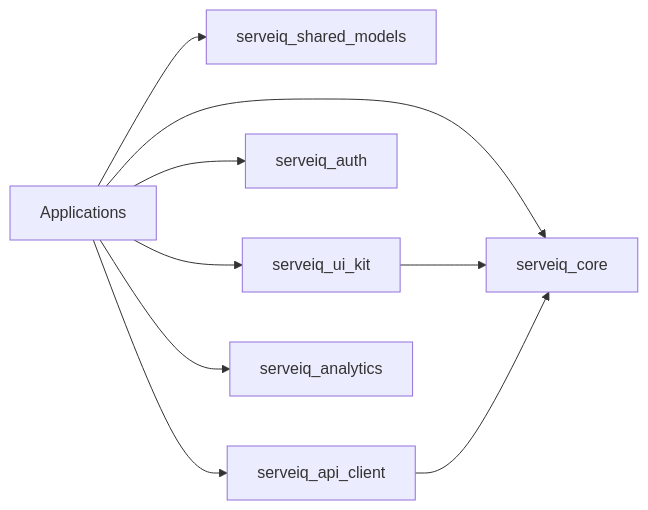
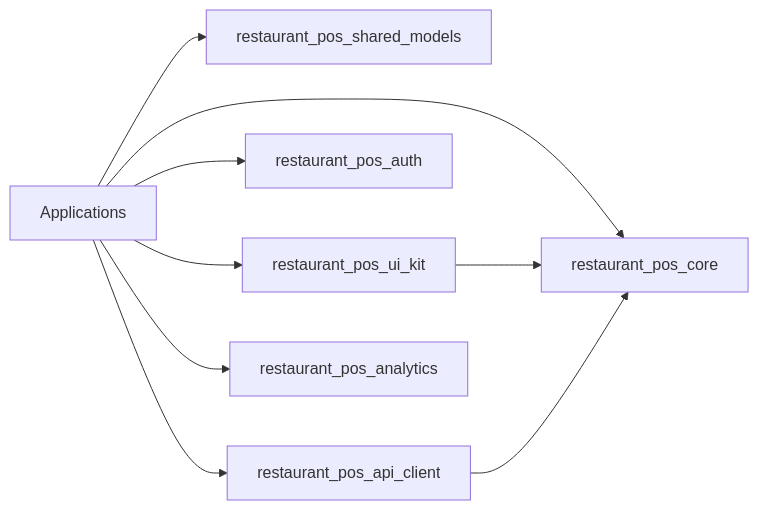
The diagram in docs/architecture/monorepo-layout.md (dhruv-kala/restaurant-pos), drawn with Mermaid before and after one commit. The commit also changed other lines of this file and 98 other files, not shown here.

````diff
--- a/docs/architecture/monorepo-layout.md
+++ b/docs/architecture/monorepo-layout.md
@@ -33,11 +33,11 @@
 ```mermaid
 flowchart LR
-    APPS[Applications] --> CORE[serveiq_core]
-    APPS --> MODELS[serveiq_shared_models]
-    APPS --> UI[serveiq_ui_kit]
-    APPS --> AUTH[serveiq_auth]
-    APPS --> API[serveiq_api_client]
-    APPS --> ANALYTICS[serveiq_analytics]
+    APPS[Applications] --> CORE[restaurant_pos_core]
+    APPS --> MODELS[restaurant_pos_shared_models]
+    APPS --> UI[restaurant_pos_ui_kit]
+    APPS --> AUTH[restaurant_pos_auth]
+    APPS --> API[restaurant_pos_api_client]
+    APPS --> ANALYTICS[restaurant_pos_analytics]
     UI --> CORE
     API --> CORE
 ```
````
